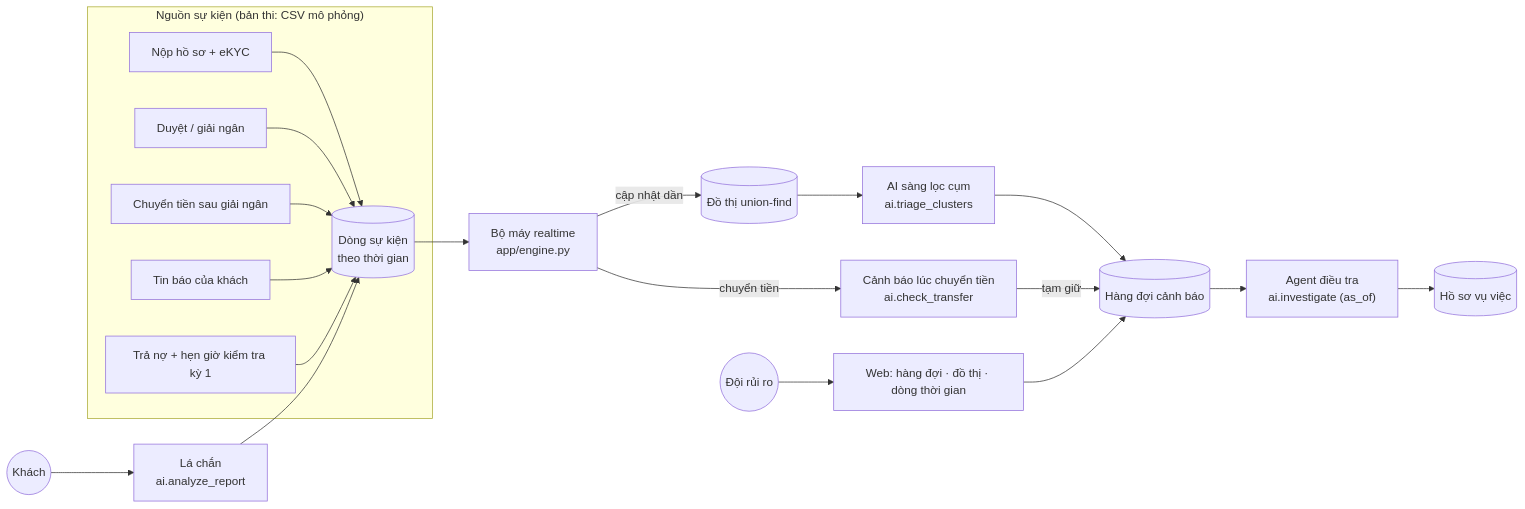
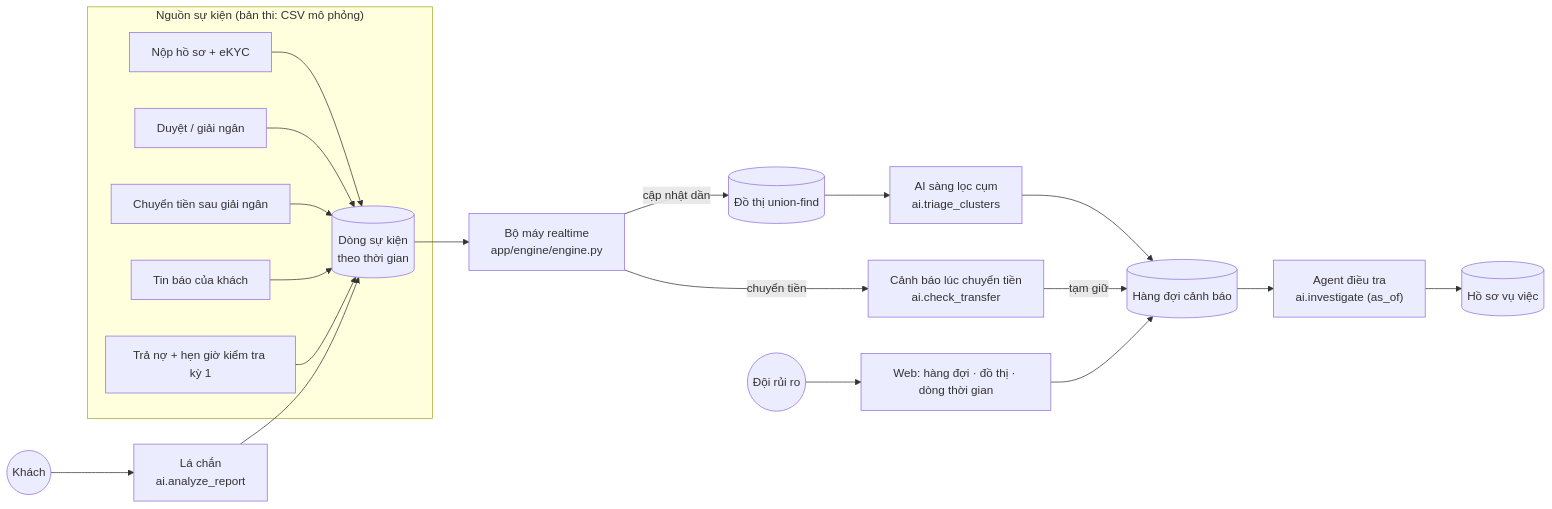
One commit to dungvnu123/Momo_Tech changed the diagram in docs/system_design.md. Above: the diagram before and after it, drawn with Mermaid. The commit also changed other lines of this file and 132 other files, not shown here.

````diff
--- a/docs/system_design.md
+++ b/docs/system_design.md
@@ -30,21 +30,21 @@
 ```mermaid
 flowchart LR
   subgraph SRC["Nguồn sự kiện (bản thi: CSV mô phỏng)"]
     A1[Nộp hồ sơ + eKYC] --> EV
     A2[Duyệt / giải ngân] --> EV
     A3[Chuyển tiền sau giải ngân] --> EV
     A4[Tin báo của khách] --> EV
     A5[Trả nợ + hẹn giờ kiểm tra kỳ 1] --> EV
     EV[(Dòng sự kiện<br/>theo thời gian)]
   end
-  EV --> ENG["Bộ máy realtime<br/>app/engine.py"]
+  EV --> ENG["Bộ máy realtime<br/>app/engine/engine.py"]
   ENG -->|chuyển tiền| TC["Cảnh báo lúc chuyển tiền<br/>ai.check_transfer"]
   ENG -->|cập nhật dần| G[(Đồ thị union-find)]
   G --> TR["AI sàng lọc cụm<br/>ai.triage_clusters"]
   TR --> Q[(Hàng đợi cảnh báo)]
   TC -->|tạm giữ| Q
   Q --> INV["Agent điều tra<br/>ai.investigate (as_of)"]
   INV --> CASE[(Hồ sơ vụ việc)]
   U1((Khách)) --> SH["Lá chắn<br/>ai.analyze_report"] --> EV
   U2((Đội rủi ro)) --> UI["Web: hàng đợi · đồ thị · dòng thời gian"] --> Q
 ```
````
